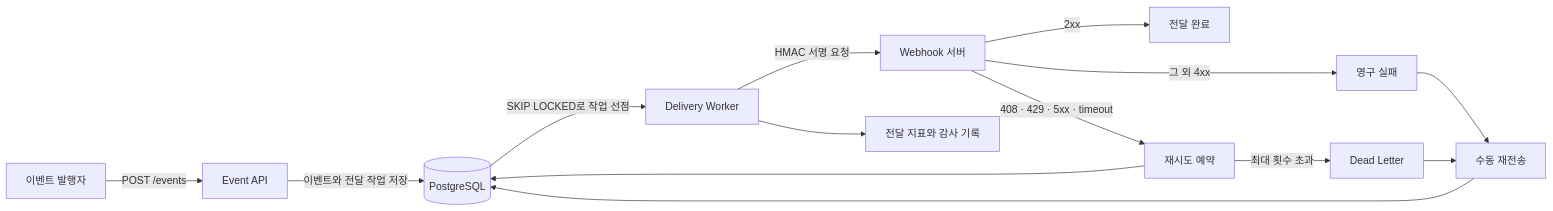
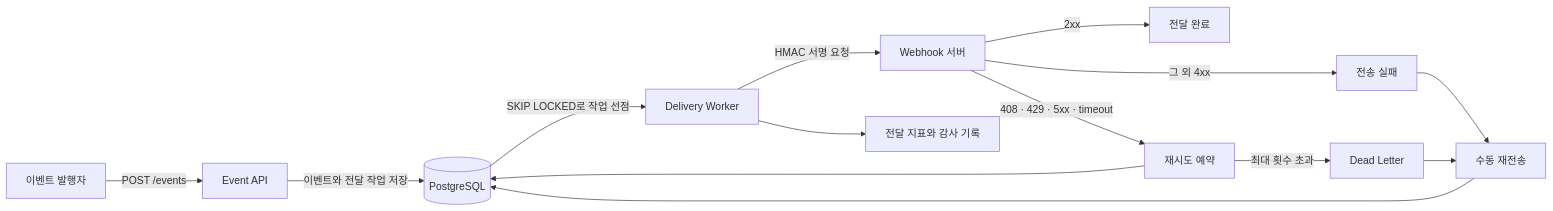
One commit to sugowslt/Kotlin_Webhook_Platform changed the diagram in README.md. Above: the diagram before and after it, drawn with Mermaid.

````diff
--- a/README.md
+++ b/README.md
@@ -33,16 +33,16 @@
 ```mermaid
 flowchart LR
     Publisher["이벤트 발행자"] -->|"POST /events"| API["Event API"]
     API -->|"이벤트와 전달 작업 저장"| DB[("PostgreSQL")]
     DB -->|"SKIP LOCKED로 작업 선점"| Worker["Delivery Worker"]
     Worker -->|"HMAC 서명 요청"| Target["Webhook 서버"]
     Target -->|"2xx"| Success["전달 완료"]
     Target -->|"408 · 429 · 5xx · timeout"| Retry["재시도 예약"]
-    Target -->|"그 외 4xx"| Failed["영구 실패"]
+    Target -->|"그 외 4xx"| Failed["전송 실패"]
     Retry --> DB
     Retry -->|"최대 횟수 초과"| DeadLetter["Dead Letter"]
     Failed --> Manual["수동 재전송"]
     DeadLetter --> Manual
     Manual --> DB
     Worker --> Metrics["전달 지표와 감사 기록"]
 ```
````
